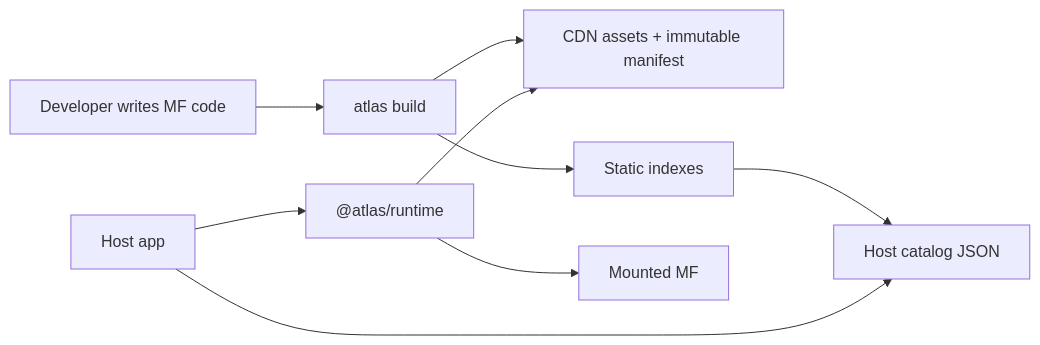
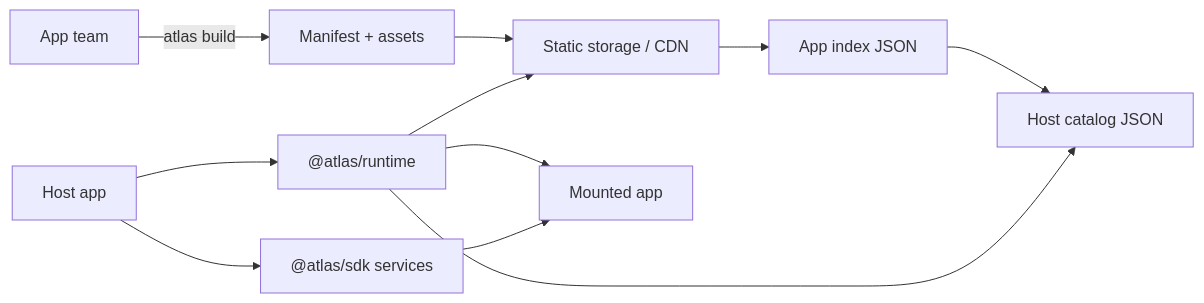
One commit to bendaj11/atlas changed the diagram in docs/overview.md. Above: the diagram before and after it, drawn with Mermaid. The commit also changed other lines of this file and 143 other files, not shown here.

````diff
--- a/docs/overview.md
+++ b/docs/overview.md
@@ -33,11 +27,13 @@
 ```mermaid
 flowchart LR
-  Dev["Developer writes MF code"] --> Build["atlas build"]
-  Build --> CDN["CDN assets + immutable manifest"]
-  Build --> Index["Static indexes"]
+  AppTeam["App team"] -->|"atlas build"| Manifest["Manifest + assets"]
+  Manifest --> CDN["Static storage / CDN"]
+  CDN --> Index["App index JSON"]
   Index --> Catalog["Host catalog JSON"]
-  Host["Host app"] --> Catalog
-  Host --> Runtime["@atlas/runtime"]
+  Host["Host app"] --> Runtime["@atlas/runtime"]
+  Runtime --> Catalog
   Runtime --> CDN
-  Runtime --> MF["Mounted MF"]
+  Runtime --> Mounted["Mounted app"]
+  Host --> SDK["@atlas/sdk services"]
+  SDK --> Mounted
 ```
````
